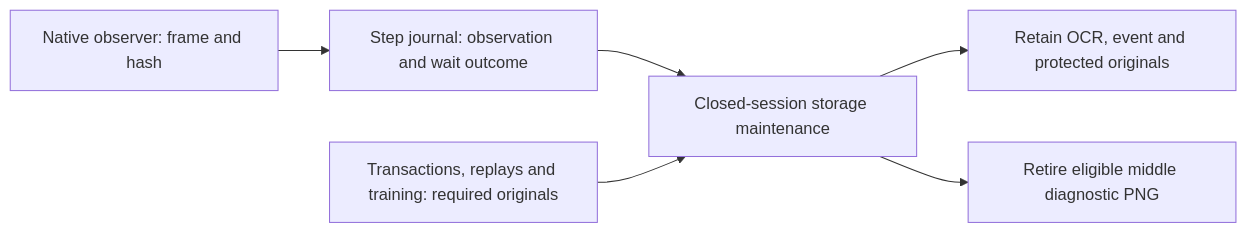
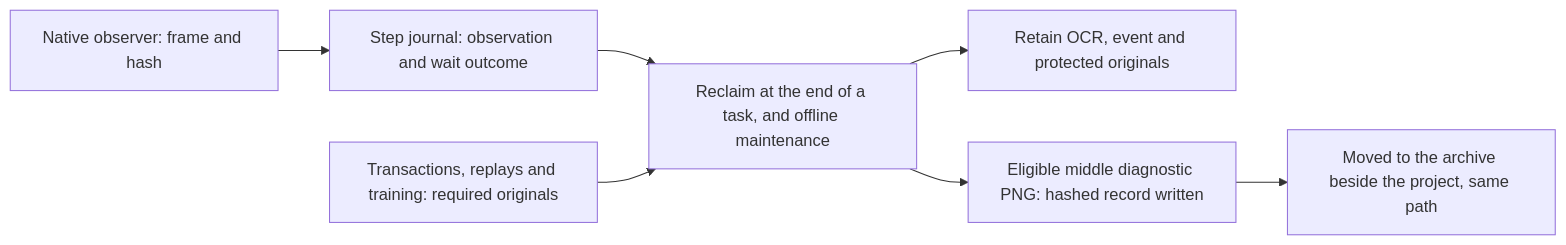
One commit to sairaisaika/MaaLCB changed diagram 36 of 45 in docs/wiki/en_us/6-deployment.md. Above: the diagram before and after it, drawn with Mermaid. The commit also changed other lines of this file and 10 other files, not shown here.

First line of the commit message:
Reclaim storage and record one history row when a task ends

````diff
--- a/docs/wiki/en_us/6-deployment.md
+++ b/docs/wiki/en_us/6-deployment.md
@@ -1484,8 +1484,9 @@
 ```mermaid
 flowchart LR
   OCR["Native observer: frame and hash"] --> J["Step journal: observation and wait outcome"]
-  J --> S["Closed-session storage maintenance"]
+  J --> S["Reclaim at the end of a task, and offline maintenance"]
   B["Transactions, replays and training: required originals"] --> S
   S --> R["Retain OCR, event and protected originals"]
-  S --> P["Retire eligible middle diagnostic PNG"]
+  S --> P["Eligible middle diagnostic PNG: hashed record written"]
+  P --> A["Moved to the archive beside the project, same path"]
 ```
````
